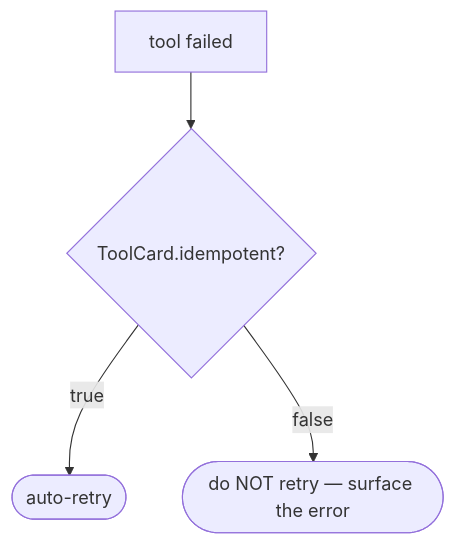
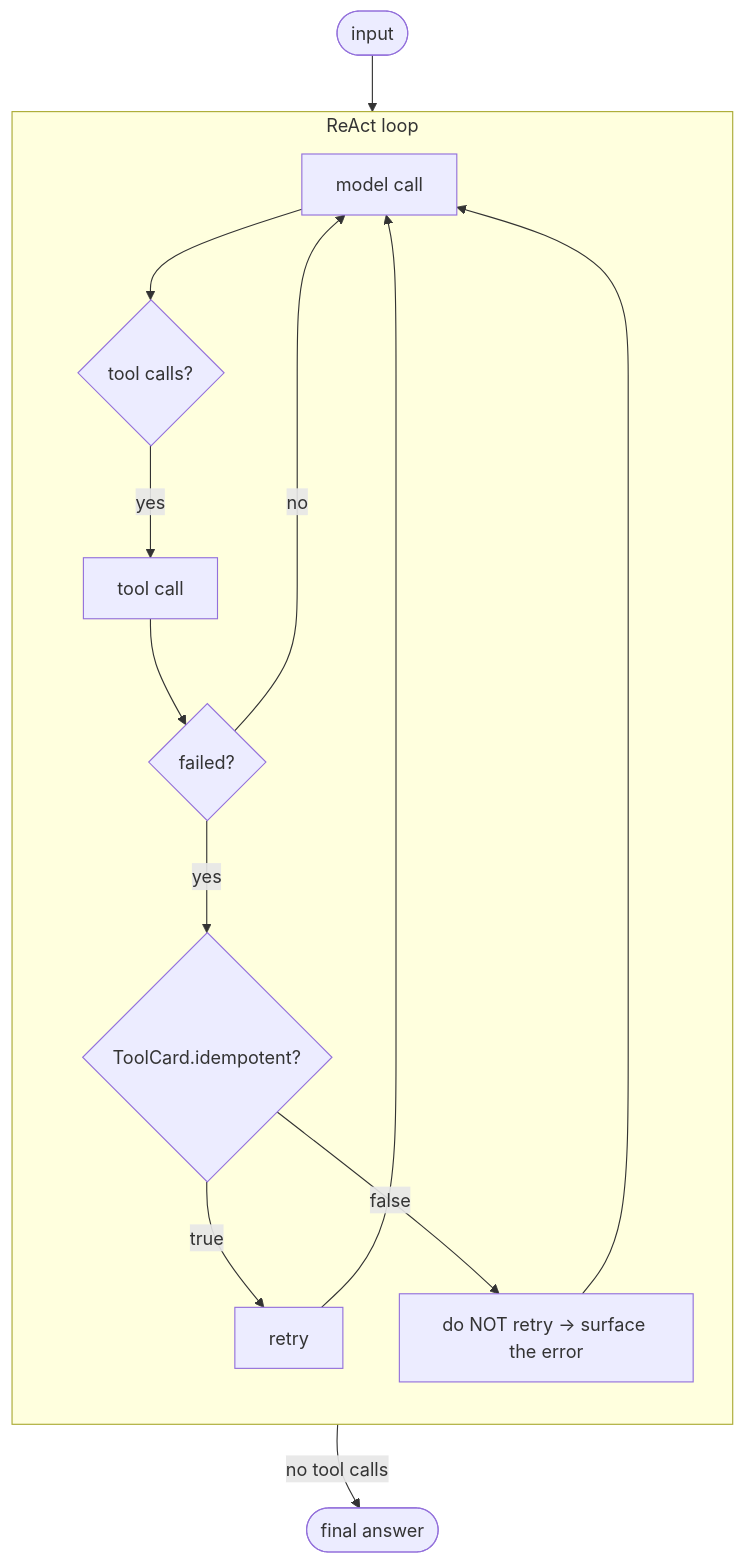
Before and after one commit to michaelatamuk/openjiuwen-jiuwenswarm: diagram 16 of 31 in docs-michael/agent-interview-questions.md, drawn with Mermaid. The commit also changed other lines of this file, not shown here.

````diff
--- a/docs-michael/agent-interview-questions.md
+++ b/docs-michael/agent-interview-questions.md
@@ -286,6 +327,15 @@
 ```mermaid
 flowchart TD
-    F["tool failed"] --> I{"ToolCard.idempotent?"}
-    I -->|true| R(["auto-retry"])
-    I -->|false| N(["do NOT retry — surface the error"])
+    I(["input"]) --> M
+    subgraph LOOP["ReAct loop"]
+    direction TB
+        M["model call"] --> D{"tool calls?"}
+        D -->|yes| C["tool call"] --> F{"failed?"}
+        F -->|no| M
+        F -->|yes| ID{"ToolCard.idempotent?"}
+        ID -->|true| RETRY["retry"] --> M
+        ID -->|false| ERR["do NOT retry → surface the error"] --> M
+    end
+    D -->|"no tool calls"| A(["final answer"])
+    ERR ~~~ A
 ```
````
